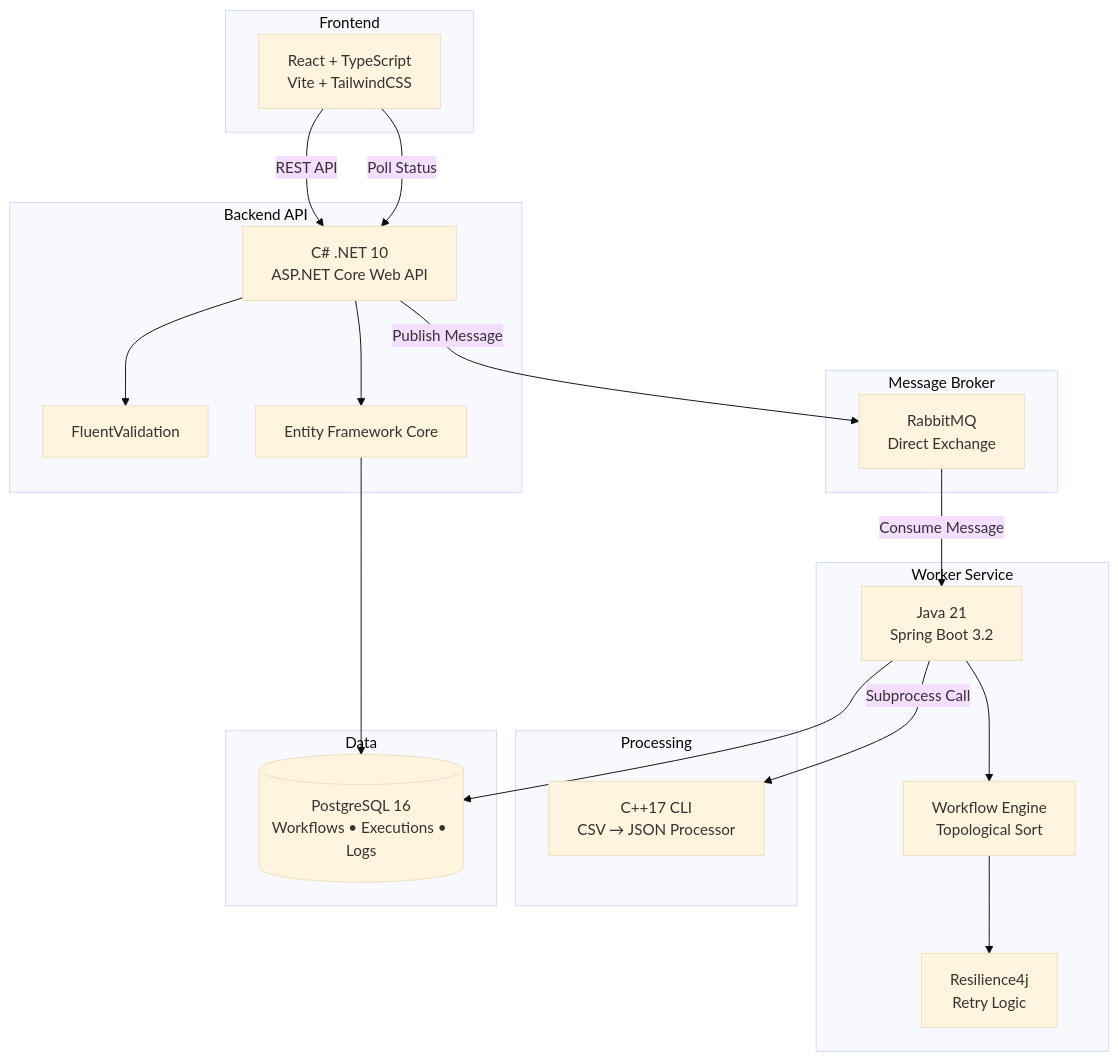
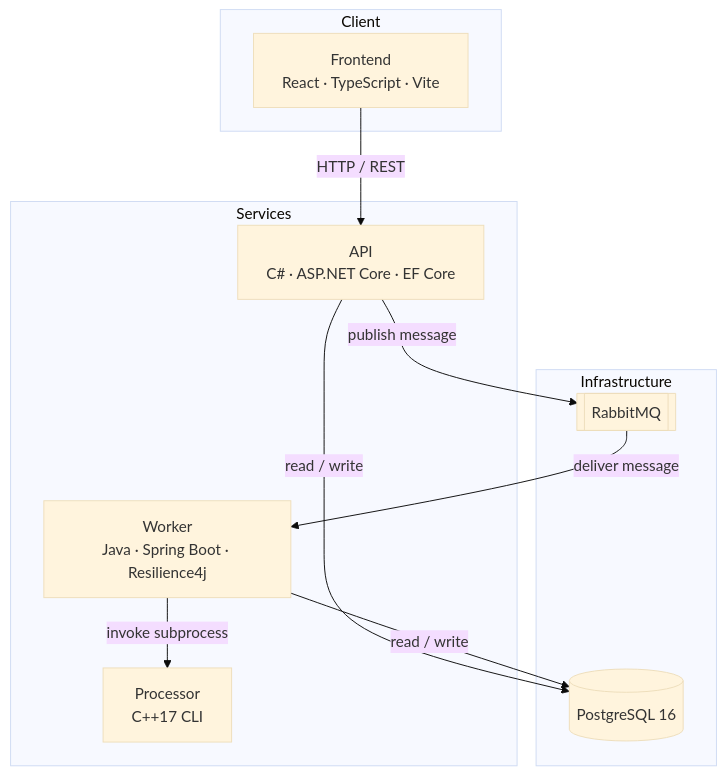
One commit to mutabay/FlowForge changed the diagram in README.md. Above: the diagram before and after it, drawn with Mermaid (base theme). The commit also changed other lines of this file and 27 other files, not shown here.

````diff
--- a/README.md
+++ b/README.md
@@ -13,42 +61,24 @@
 ```mermaid
-graph TB
-    subgraph Frontend
-        UI[React + TypeScript<br/>Vite + TailwindCSS]
+flowchart TB
+    subgraph Client
+        UI[Frontend<br/>React · TypeScript · Vite]
     end
 
-    subgraph Backend API
-        API[C# .NET 10<br/>ASP.NET Core Web API]
-        VAL[FluentValidation]
-        EF[Entity Framework Core]
+    subgraph Services
+        API[API<br/>C# · ASP.NET Core · EF Core]
+        Worker[Worker<br/>Java · Spring Boot · Resilience4j]
+        Proc[Processor<br/>C++17 CLI]
     end
 
-    subgraph Message Broker
-        RMQ[RabbitMQ<br/>Direct Exchange]
+    subgraph Infrastructure
+        PG[(PostgreSQL 16)]
+        RMQ[[RabbitMQ]]
     end
 
-    subgraph Worker Service
-        WRK[Java 21<br/>Spring Boot 3.2]
-        ENG[Workflow Engine<br/>Topological Sort]
-        RET[Resilience4j<br/>Retry Logic]
-    end
-
-    subgraph Processing
-        CPP[C++17 CLI<br/>CSV → JSON Processor]
-    end
-
-    subgraph Data
-        PG[(PostgreSQL 16<br/>Workflows • Executions • Logs)]
-    end
-
-    UI -->|REST API| API
-    API --> VAL
-    API --> EF
-    EF --> PG
-    API -->|Publish Message| RMQ
-    RMQ -->|Consume Message| WRK
-    WRK --> ENG
-    ENG --> RET
-    WRK -->|Subprocess Call| CPP
-    WRK --> PG
-    UI -->|Poll Status| API
+    UI -- "HTTP / REST" --> API
+    API -- "read / write" --> PG
+    API -- "publish message" --> RMQ
+    RMQ -- "deliver message" --> Worker
+    Worker -- "read / write" --> PG
+    Worker -- "invoke subprocess" --> Proc
 ```
````
